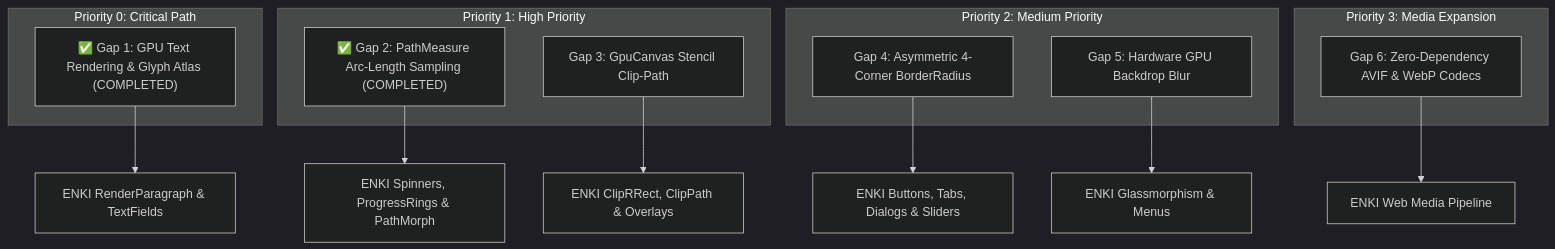
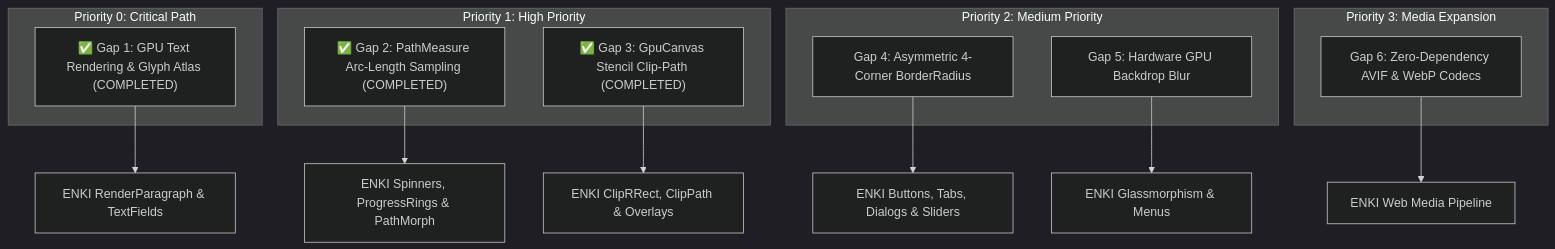
The diagram in ENKI_COMPATIBILITY_REQUIREMENTS.md (vaxp/Nisaba), drawn with Mermaid (dark theme) before and after one commit. The commit also changed other lines of this file and 12 other files, not shown here.

Commit message:
feat(gpu): implement stencil clip_path and add ENKI stages showcase (Gap 3)

````diff
--- a/ENKI_COMPATIBILITY_REQUIREMENTS.md
+++ b/ENKI_COMPATIBILITY_REQUIREMENTS.md
@@ -32,24 +32,24 @@
 ```mermaid
 graph TD
     subgraph P0 [Priority 0: Critical Path]
         G1["✅ Gap 1: GPU Text Rendering & Glyph Atlas (COMPLETED)"]
     end
     subgraph P1 [Priority 1: High Priority]
         G2["✅ Gap 2: PathMeasure Arc-Length Sampling (COMPLETED)"]
-        G3[Gap 3: GpuCanvas Stencil Clip-Path]
+        G3["✅ Gap 3: GpuCanvas Stencil Clip-Path (COMPLETED)"]
     end
     subgraph P2 [Priority 2: Medium Priority]
         G4[Gap 4: Asymmetric 4-Corner BorderRadius]
         G5[Gap 5: Hardware GPU Backdrop Blur]
     end
     subgraph P3 [Priority 3: Media Expansion]
         G6[Gap 6: Zero-Dependency AVIF & WebP Codecs]
     end
 
     G1 --> ENKI_TEXT[ENKI RenderParagraph & TextFields]
     G2 --> ENKI_ANIM[ENKI Spinners, ProgressRings & PathMorph]
     G3 --> ENKI_CLIP[ENKI ClipRRect, ClipPath & Overlays]
     G4 --> ENKI_WIDGETS[ENKI Buttons, Tabs, Dialogs & Sliders]
     G5 --> ENKI_GLASS[ENKI Glassmorphism & Menus]
     G6 --> ENKI_IMAGE[ENKI Web Media Pipeline]
 ```
````
